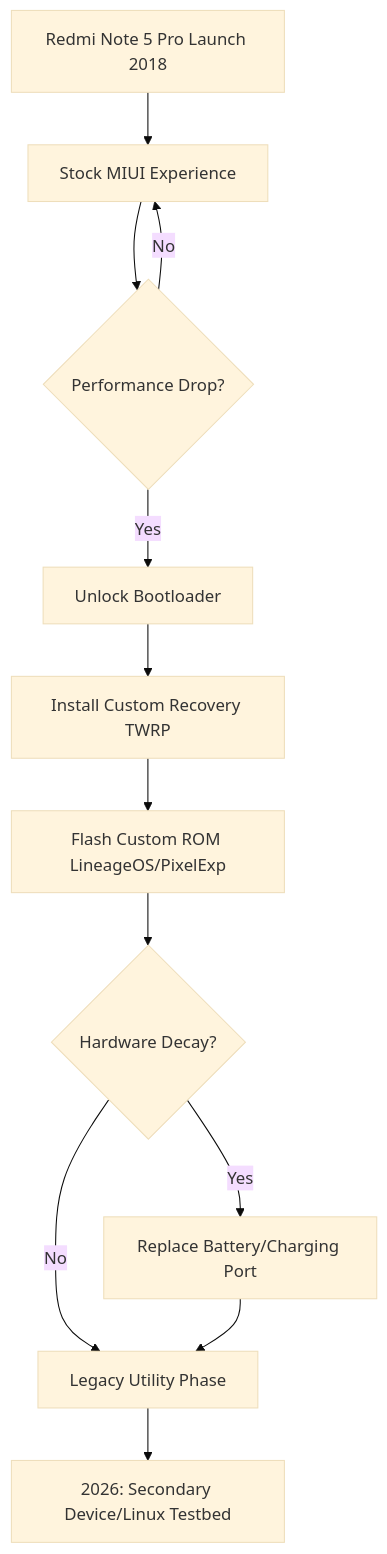
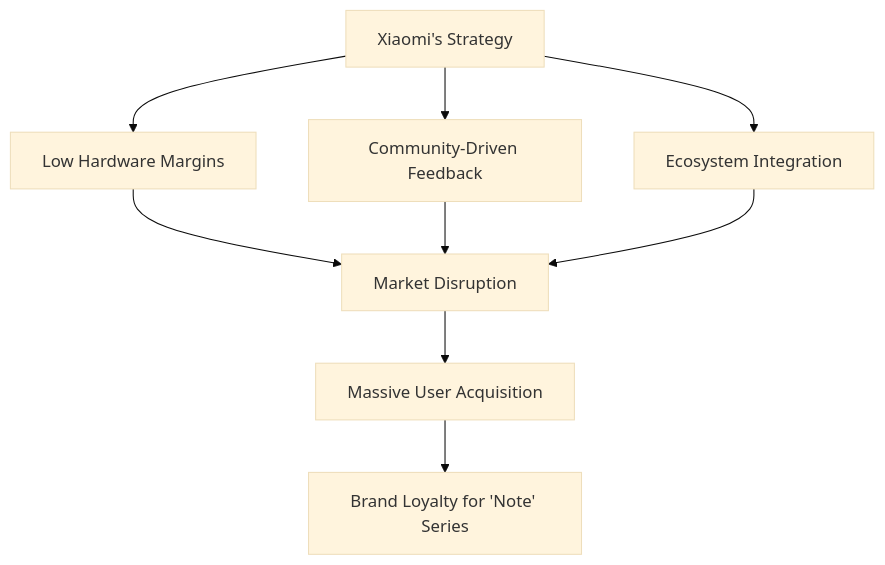
The diagram in blog-source/_posts/2026-06-29-redmi-note-5-pro.md (Thirupathi-pirate/ivy), drawn with Mermaid (base theme) before and after one commit. The commit also changed other lines of this file, not shown here.

Commit message:
Add post: 2026-06-29-redmi-note-5-pro.md [skip ci]

````diff
--- a/blog-source/_posts/2026-06-29-redmi-note-5-pro.md
+++ b/blog-source/_posts/2026-06-29-redmi-note-5-pro.md
@@ -115,14 +79,11 @@
 ```mermaid
 graph TD
-    A[Redmi Note 5 Pro Launch 2018] --> B[Stock MIUI Experience]
-    B --> C{Performance Drop?}
-    C -- Yes --> D[Unlock Bootloader]
-    C -- No --> B
-    D --> E[Install Custom Recovery TWRP]
-    E --> F[Flash Custom ROM LineageOS/PixelExp]
-    F --> G{Hardware Decay?}
-    G -- Yes --> H[Replace Battery/Charging Port]
-    G -- No --> I[Legacy Utility Phase]
-    H --> I
-    I --> J[2026: Secondary Device/Linux Testbed]
+    A[Xiaomi's Strategy] --> B[Low Hardware Margins]
+    A --> C[Community-Driven Feedback]
+    A --> D[Ecosystem Integration]
+    B --> E[Market Disruption]
+    C --> E
+    D --> E
+    E --> F[Massive User Acquisition]
+    F --> G[Brand Loyalty for 'Note' Series]
 ```
````
